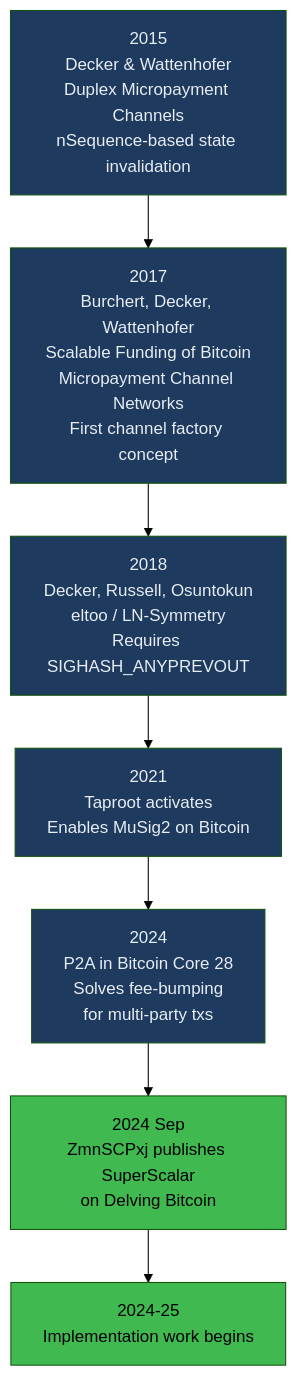
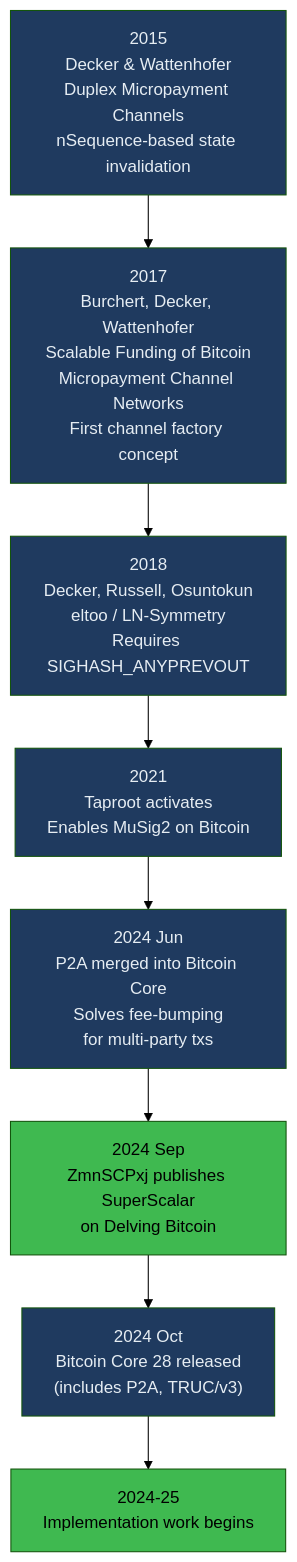
One commit to 8144225309/superscalar-docs changed the diagram in context/history-and-origins.md. Above: the diagram before and after it, drawn with Mermaid (forest theme). The commit also changed other lines of this file and 9 other files, not shown here.

First line of the commit message:
Fix cohesion issues: timeline ordering, eltoo attribution, script size, tone, diagram accuracy

````diff
--- a/context/history-and-origins.md
+++ b/context/history-and-origins.md
@@ -7,20 +7,22 @@
 ```mermaid
 graph TD
     Y2015["2015<br/>Decker & Wattenhofer<br/>Duplex Micropayment Channels<br/>nSequence-based state invalidation"]
     Y2017["2017<br/>Burchert, Decker, Wattenhofer<br/>Scalable Funding of Bitcoin<br/>Micropayment Channel Networks<br/>First channel factory concept"]
     Y2018["2018<br/>Decker, Russell, Osuntokun<br/>eltoo / LN-Symmetry<br/>Requires SIGHASH_ANYPREVOUT"]
     Y2021["2021<br/>Taproot activates<br/>Enables MuSig2 on Bitcoin"]
-    Y2024a["2024<br/>P2A in Bitcoin Core 28<br/>Solves fee-bumping<br/>for multi-party txs"]
+    Y2024a["2024 Jun<br/>P2A merged into Bitcoin Core<br/>Solves fee-bumping<br/>for multi-party txs"]
     Y2024b["2024 Sep<br/>ZmnSCPxj publishes SuperScalar<br/>on Delving Bitcoin"]
+    Y2024c["2024 Oct<br/>Bitcoin Core 28 released<br/>(includes P2A, TRUC/v3)"]
     Y2025["2024-25<br/>Implementation work begins"]
 
-    Y2015 --> Y2017 --> Y2018 --> Y2021 --> Y2024a --> Y2024b --> Y2025
+    Y2015 --> Y2017 --> Y2018 --> Y2021 --> Y2024a --> Y2024b --> Y2024c --> Y2025
 
     style Y2015 fill:#1f3a5f,color:#e6edf3
     style Y2017 fill:#1f3a5f,color:#e6edf3
     style Y2018 fill:#1f3a5f,color:#e6edf3
     style Y2021 fill:#1f3a5f,color:#e6edf3
     style Y2024a fill:#1f3a5f,color:#e6edf3
     style Y2024b fill:#3fb950,color:#000
+    style Y2024c fill:#1f3a5f,color:#e6edf3
     style Y2025 fill:#3fb950,color:#000
 ```
````
